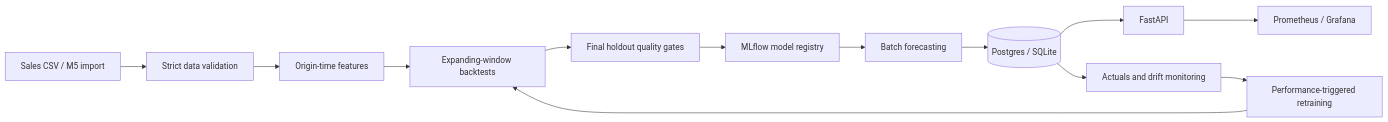
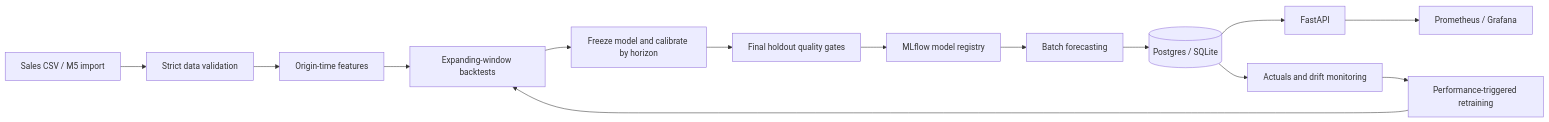
Before and after one commit to robbyfa/ForecastOps: the diagram in README.md, drawn with Mermaid. The commit also changed other lines of this file and 32 other files, not shown here.

Commit message:
Reduce feature memory and calibrate horizon intervals on separate windows

````diff
--- a/README.md
+++ b/README.md
@@ -9,15 +17,16 @@
 ```mermaid
 flowchart LR
   A[Sales CSV / M5 import] --> B[Strict data validation]
   B --> C[Origin-time features]
   C --> D[Expanding-window backtests]
-  D --> E[Final holdout quality gates]
+  D --> C2[Freeze model and calibrate by horizon]
+  C2 --> E[Final holdout quality gates]
   E --> F[MLflow model registry]
   F --> G[Batch forecasting]
   G --> H[(Postgres / SQLite)]
   H --> I[FastAPI]
   I --> J[Prometheus / Grafana]
   H --> K[Actuals and drift monitoring]
   K --> L[Performance-triggered retraining]
   L --> D
 ```
````
